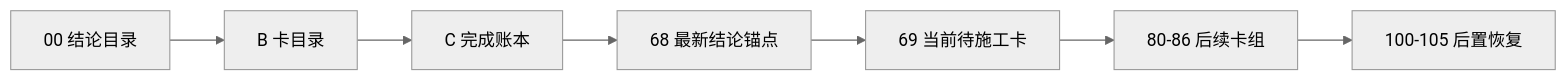
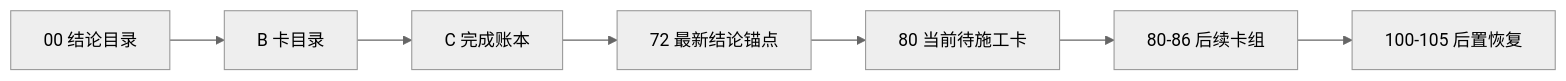
One commit to everything-is-simple/lifespan-0.01 changed the diagram in docs/03-execution/A-execution-reading-order-20260409.md. Above: the diagram before and after it, drawn with Mermaid (neutral theme). The commit also changed other lines of this file and 9 other files, not shown here.

````diff
--- a/docs/03-execution/A-execution-reading-order-20260409.md
+++ b/docs/03-execution/A-execution-reading-order-20260409.md
@@ -34,9 +25,9 @@
 ```mermaid
 flowchart LR
     CONC["00 结论目录"] --> BCAT["B 卡目录"]
     BCAT --> CLED["C 完成账本"]
-    CLED --> ANC["68 最新结论锚点"]
-    ANC --> G69["69 当前待施工卡"]
-    G69 --> G80["80-86 后续卡组"]
-    G80 --> NEXT["100-105 后置恢复"]
+    CLED --> ANC["72 最新结论锚点"]
+    ANC --> G80["80 当前待施工卡"]
+    G80 --> G86["80-86 后续卡组"]
+    G86 --> NEXT["100-105 后置恢复"]
 ```
````
